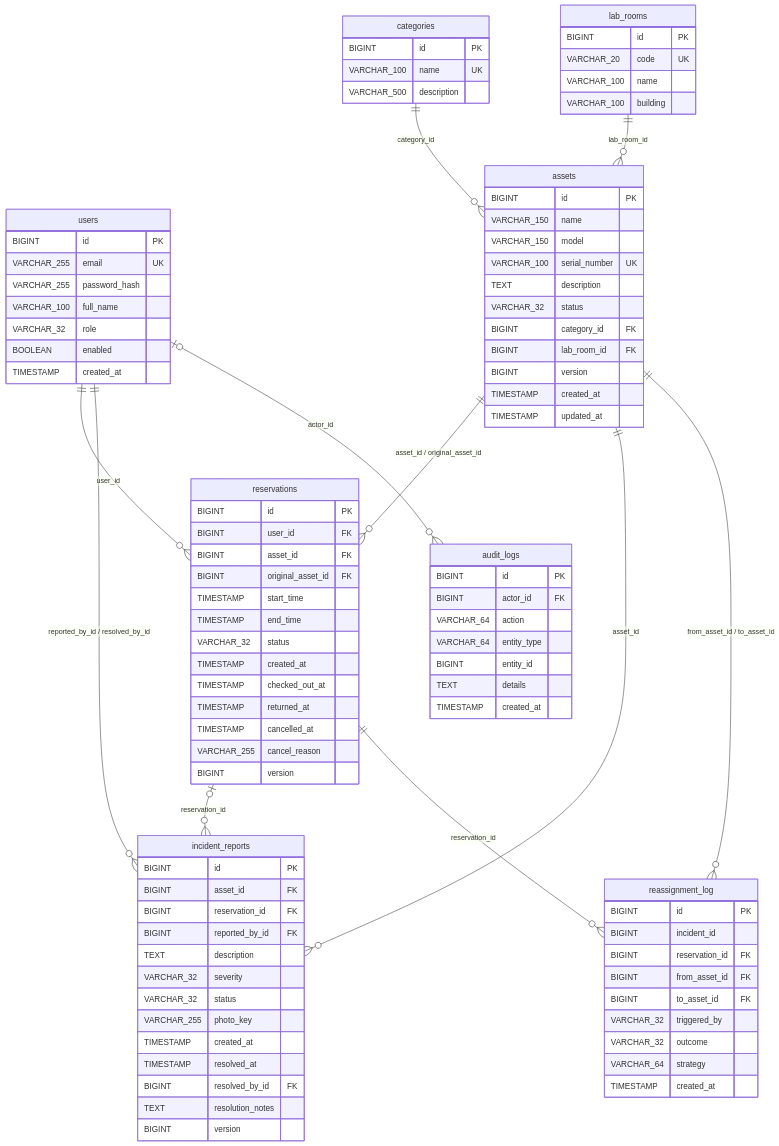
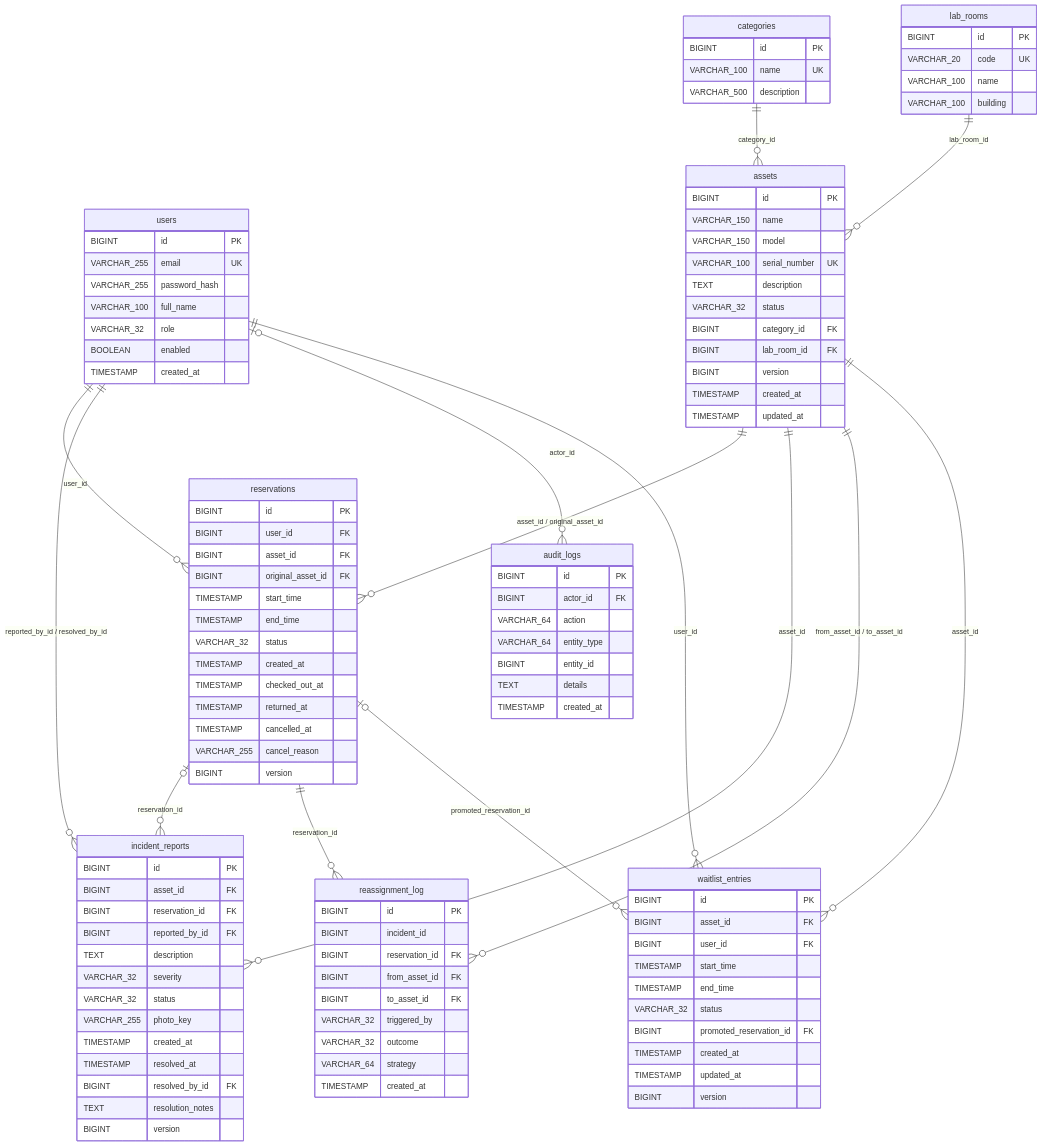
One commit to FundamenteleInginerieiSoftware/campus-hub changed the diagram in docs/diagrams/database-er.mmd. Above: the diagram before and after it, drawn with Mermaid. The commit also changed 24 other files, not shown here.

Commit message:
feat(reservation): add FIFO waitlist schema, service and controller (#59 PR 1) (#349)

```diff
--- a/docs/diagrams/database-er.mmd
+++ b/docs/diagrams/database-er.mmd
@@ -1,102 +1,118 @@
 erDiagram
     users {
         BIGINT id PK
         VARCHAR_255 email UK
         VARCHAR_255 password_hash
         VARCHAR_100 full_name
         VARCHAR_32 role
         BOOLEAN enabled
         TIMESTAMP created_at
     }
 
     categories {
         BIGINT id PK
         VARCHAR_100 name UK
         VARCHAR_500 description
     }
 
     lab_rooms {
         BIGINT id PK
         VARCHAR_20 code UK
         VARCHAR_100 name
         VARCHAR_100 building
     }
 
     assets {
         BIGINT id PK
         VARCHAR_150 name
         VARCHAR_150 model
         VARCHAR_100 serial_number UK
         TEXT description
         VARCHAR_32 status
         BIGINT category_id FK
         BIGINT lab_room_id FK
         BIGINT version
         TIMESTAMP created_at
         TIMESTAMP updated_at
     }
 
     reservations {
         BIGINT id PK
         BIGINT user_id FK
         BIGINT asset_id FK
         BIGINT original_asset_id FK
         TIMESTAMP start_time
         TIMESTAMP end_time
         VARCHAR_32 status
         TIMESTAMP created_at
         TIMESTAMP checked_out_at
         TIMESTAMP returned_at
         TIMESTAMP cancelled_at
         VARCHAR_255 cancel_reason
         BIGINT version
     }
 
     incident_reports {
         BIGINT id PK
         BIGINT asset_id FK
         BIGINT reservation_id FK
         BIGINT reported_by_id FK
         TEXT description
         VARCHAR_32 severity
         VARCHAR_32 status
         VARCHAR_255 photo_key
         TIMESTAMP created_at
         TIMESTAMP resolved_at
         BIGINT resolved_by_id FK
         TEXT resolution_notes
         BIGINT version
     }
 
     reassignment_log {
         BIGINT id PK
         BIGINT incident_id
         BIGINT reservation_id FK
         BIGINT from_asset_id FK
         BIGINT to_asset_id FK
         VARCHAR_32 triggered_by
         VARCHAR_32 outcome
         VARCHAR_64 strategy
         TIMESTAMP created_at
     }
 
     audit_logs {
         BIGINT id PK
         BIGINT actor_id FK
         VARCHAR_64 action
         VARCHAR_64 entity_type
         BIGINT entity_id
         TEXT details
         TIMESTAMP created_at
     }
 
+    waitlist_entries {
+        BIGINT id PK
+        BIGINT asset_id FK
+        BIGINT user_id FK
+        TIMESTAMP start_time
+        TIMESTAMP end_time
+        VARCHAR_32 status
+        BIGINT promoted_reservation_id FK
+        TIMESTAMP created_at
+        TIMESTAMP updated_at
+        BIGINT version
+    }
+
     categories ||--o{ assets : "category_id"
     lab_rooms ||--o{ assets : "lab_room_id"
     users ||--o{ reservations : "user_id"
     assets ||--o{ reservations : "asset_id / original_asset_id"
     assets ||--o{ incident_reports : "asset_id"
     reservations |o--o{ incident_reports : "reservation_id"
     users ||--o{ incident_reports : "reported_by_id / resolved_by_id"
     reservations ||--o{ reassignment_log : "reservation_id"
     assets ||--o{ reassignment_log : "from_asset_id / to_asset_id"
     users |o--o{ audit_logs : "actor_id"
+    assets ||--o{ waitlist_entries : "asset_id"
+    users ||--o{ waitlist_entries : "user_id"
+    reservations |o--o{ waitlist_entries : "promoted_reservation_id"
```
